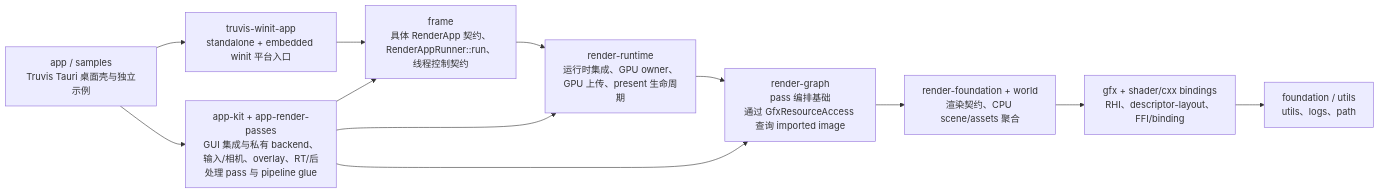
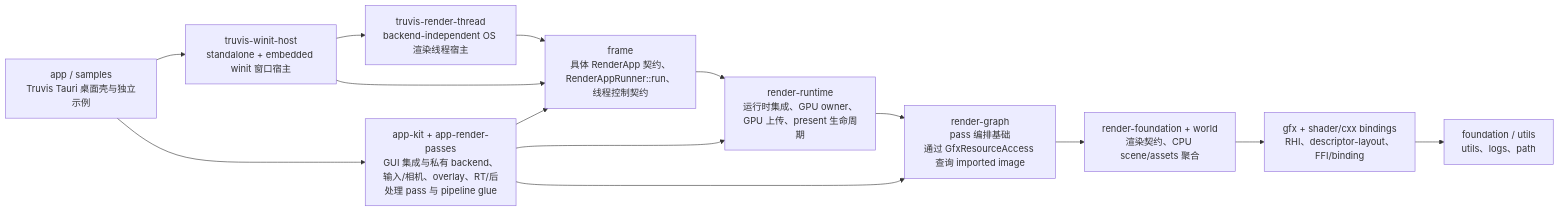
Before and after one commit to acccoco/TruvisRenderer: the second of 3 diagrams in docs/summaries/layering-and-dependency-boundaries.md, drawn with Mermaid. The commit also changed other lines of this file and 35 other files, not shown here.

Commit message:
[update/refactor] 拆分 platform 层与 RenderThread 宿主

````diff
--- a/docs/summaries/layering-and-dependency-boundaries.md
+++ b/docs/summaries/layering-and-dependency-boundaries.md
@@ -36,16 +40,18 @@
 ```mermaid
 flowchart LR
     Foundation["foundation / utils<br/>utils、logs、path"]
     Gfx["gfx + shader/cxx bindings<br/>RHI、descriptor-layout、FFI/binding"]
     Core["render-foundation + world<br/>渲染契约、CPU scene/assets 聚合"]
     RenderDomain["render-graph<br/>pass 编排基础<br/>通过 GfxResourceAccess 查询 imported image"]
     Runtime["render-runtime<br/>运行时集成、GPU owner、GPU 上传、present 生命周期"]
     Frame["frame<br/>具体 RenderApp 契约、RenderAppRunner::run、线程控制契约"]
     AppKit["app-kit + app-render-passes<br/>GUI 集成与私有 backend、输入/相机、overlay、RT/后处理 pass 与 pipeline glue"]
     App["app / samples<br/>Truvis Tauri 桌面壳与独立示例"]
-    Platform["truvis-winit-app<br/>standalone + embedded winit 平台入口"]
-    App --> Platform --> Frame --> Runtime --> RenderDomain --> Core --> Gfx --> Foundation
+    WindowHost["truvis-winit-host<br/>standalone + embedded winit 窗口宿主"]
+    RenderThread["truvis-render-thread<br/>backend-independent OS 渲染线程宿主"]
+    App --> WindowHost --> RenderThread --> Frame --> Runtime --> RenderDomain --> Core --> Gfx --> Foundation
+    WindowHost --> Frame
     App --> AppKit --> Frame
     AppKit --> Runtime
     AppKit --> RenderDomain
 ```
````
